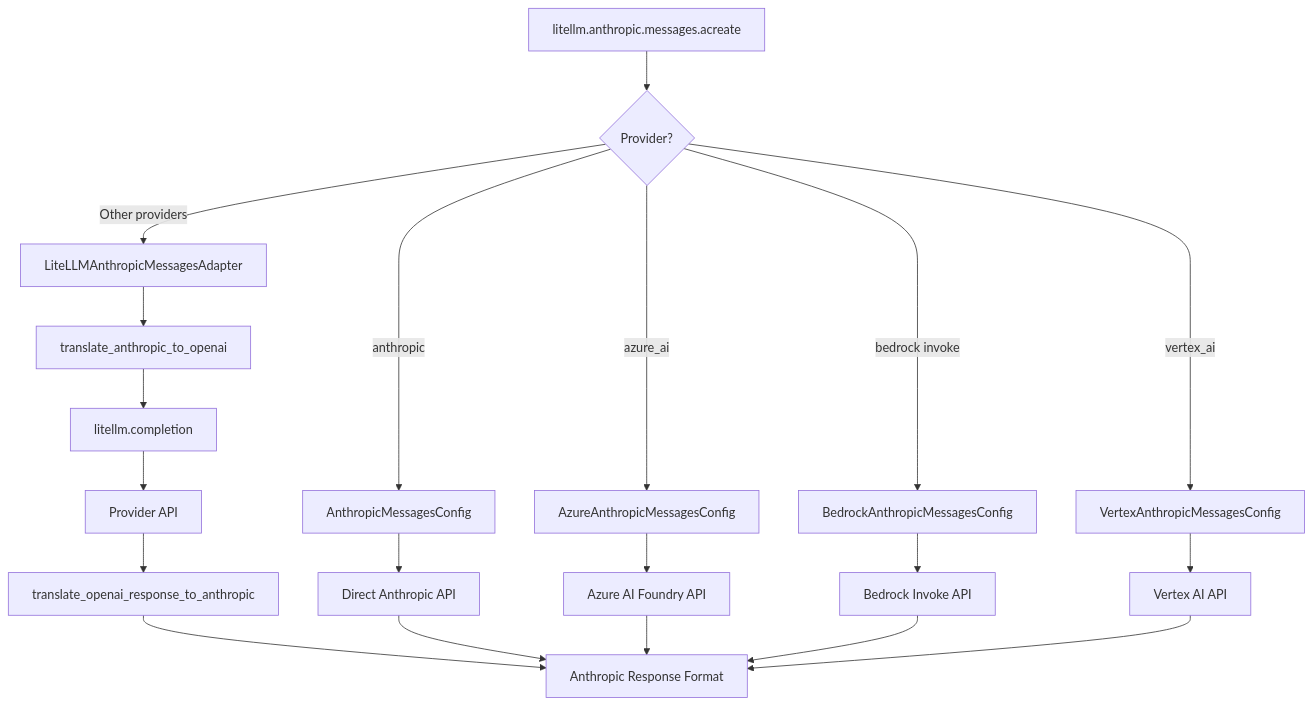
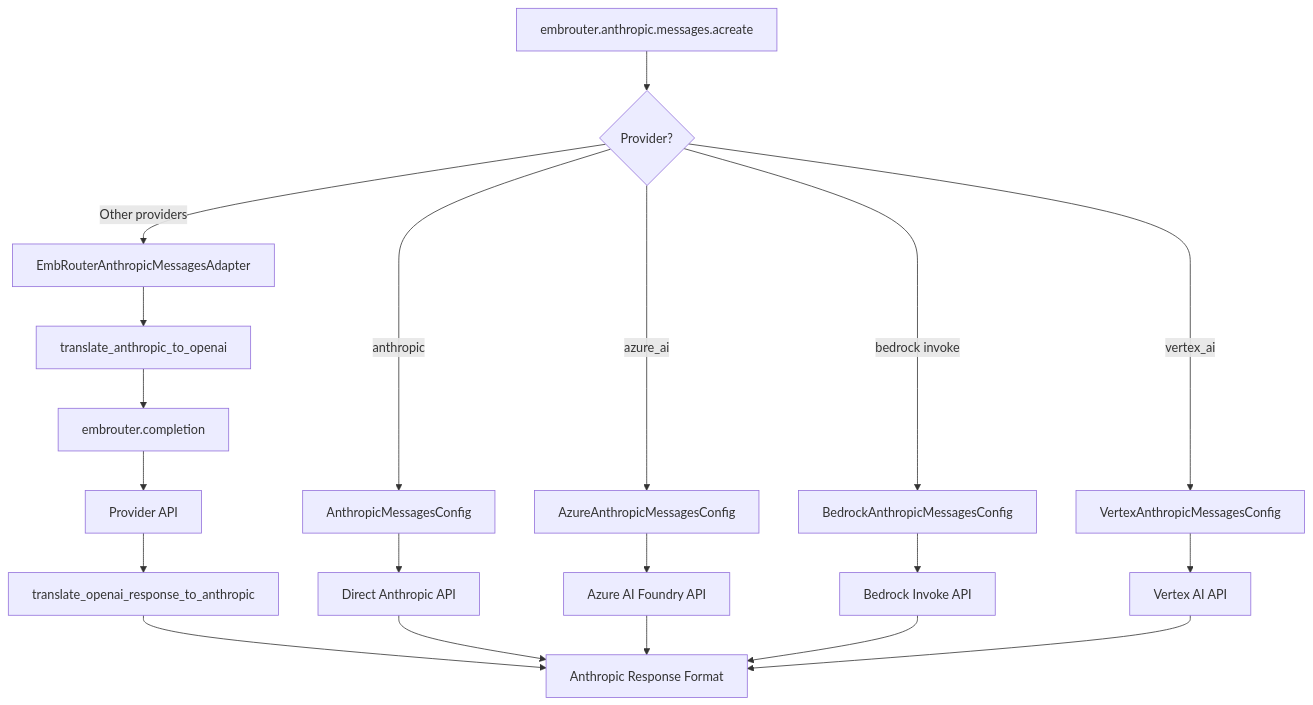
Before and after one commit to Issue-03/llm-passage: the first of 2 diagrams in embrouter/llms/anthropic/pass_through/architecture.md, drawn with Mermaid. The commit also changed other lines of this file and 5078 other files, not shown here.

First line of the commit message:
Phase 3 step 4: rename litellm to embrouter in file contents

````diff
--- a/embrouter/llms/anthropic/pass_through/architecture.md
+++ b/embrouter/llms/anthropic/pass_through/architecture.md
@@ -5,26 +5,26 @@
 ```mermaid
 flowchart TD
-    A[litellm.anthropic.messages.acreate] --> B{Provider?}
+    A[embrouter.anthropic.messages.acreate] --> B{Provider?}
     
     B -->|anthropic| C[AnthropicMessagesConfig]
     B -->|azure_ai| D[AzureAnthropicMessagesConfig]
     B -->|bedrock invoke| E[BedrockAnthropicMessagesConfig]
     B -->|vertex_ai| F[VertexAnthropicMessagesConfig]
-    B -->|Other providers| G[LiteLLMAnthropicMessagesAdapter]
+    B -->|Other providers| G[EmbRouterAnthropicMessagesAdapter]
     
     C --> H[Direct Anthropic API]
     D --> I[Azure AI Foundry API]
     E --> J[Bedrock Invoke API]
     F --> K[Vertex AI API]
     
     G --> L[translate_anthropic_to_openai]
-    L --> M[litellm.completion]
+    L --> M[embrouter.completion]
     M --> N[Provider API]
     N --> O[translate_openai_response_to_anthropic]
     O --> P[Anthropic Response Format]
     
     H --> P
     I --> P
     J --> P
     K --> P
 ```
````
